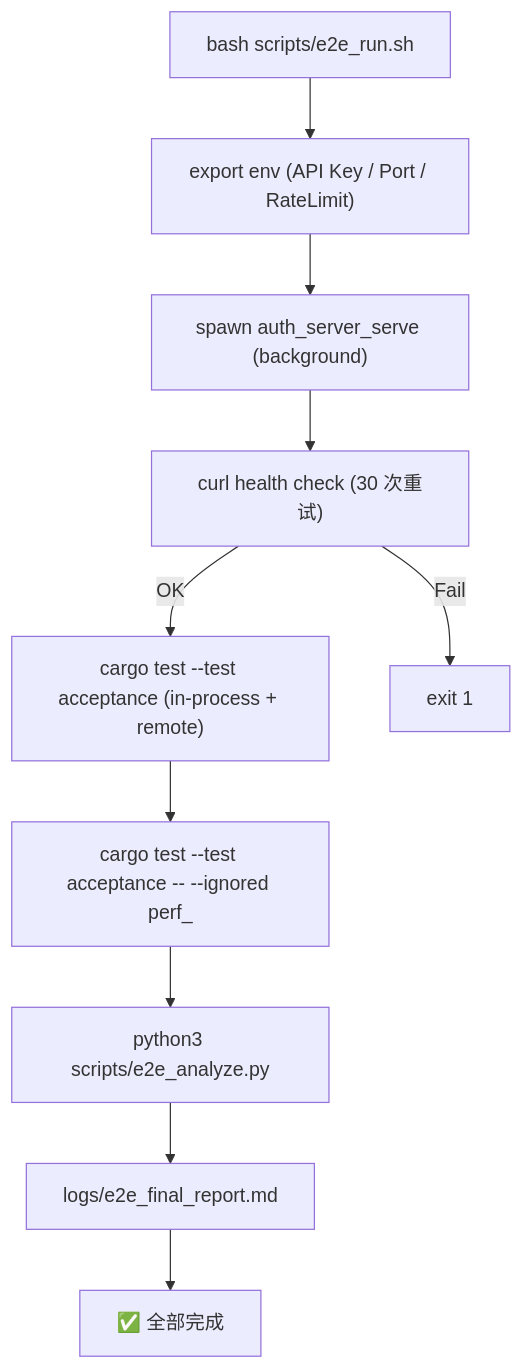
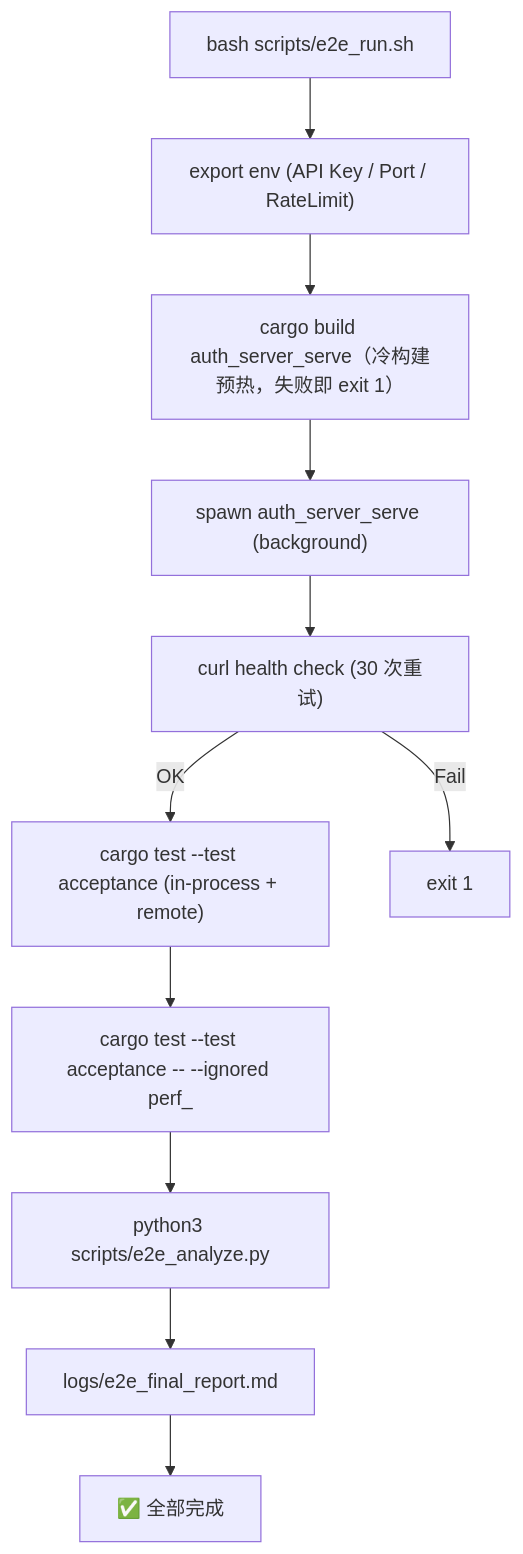
The diagram in docs/DEVELOPMENT.md (Kirky-X/garrison), drawn with Mermaid before and after one commit. The commit also changed other lines of this file and 31 other files, not shown here.

````diff
--- a/docs/DEVELOPMENT.md
+++ b/docs/DEVELOPMENT.md
@@ -599,12 +599,13 @@
 ```mermaid
 flowchart TD
     Start["bash scripts/e2e_run.sh"] --> Env["export env (API Key / Port / RateLimit)"]
-    Env --> Spawn["spawn auth_server_serve (background)"]
+    Env --> Build["cargo build auth_server_serve（冷构建预热，失败即 exit 1）"]
+    Build --> Spawn["spawn auth_server_serve (background)"]
     Spawn --> Health["curl health check (30 次重试)"]
     Health -->|OK| E2E["cargo test --test acceptance (in-process + remote)"]
     Health -->|Fail| Exit["exit 1"]
     E2E --> Perf["cargo test --test acceptance -- --ignored perf_"]
     Perf --> Analyze["python3 scripts/e2e_analyze.py"]
     Analyze --> Report["logs/e2e_final_report.md"]
     Report --> Done["✅ 全部完成"]
 ```
````
